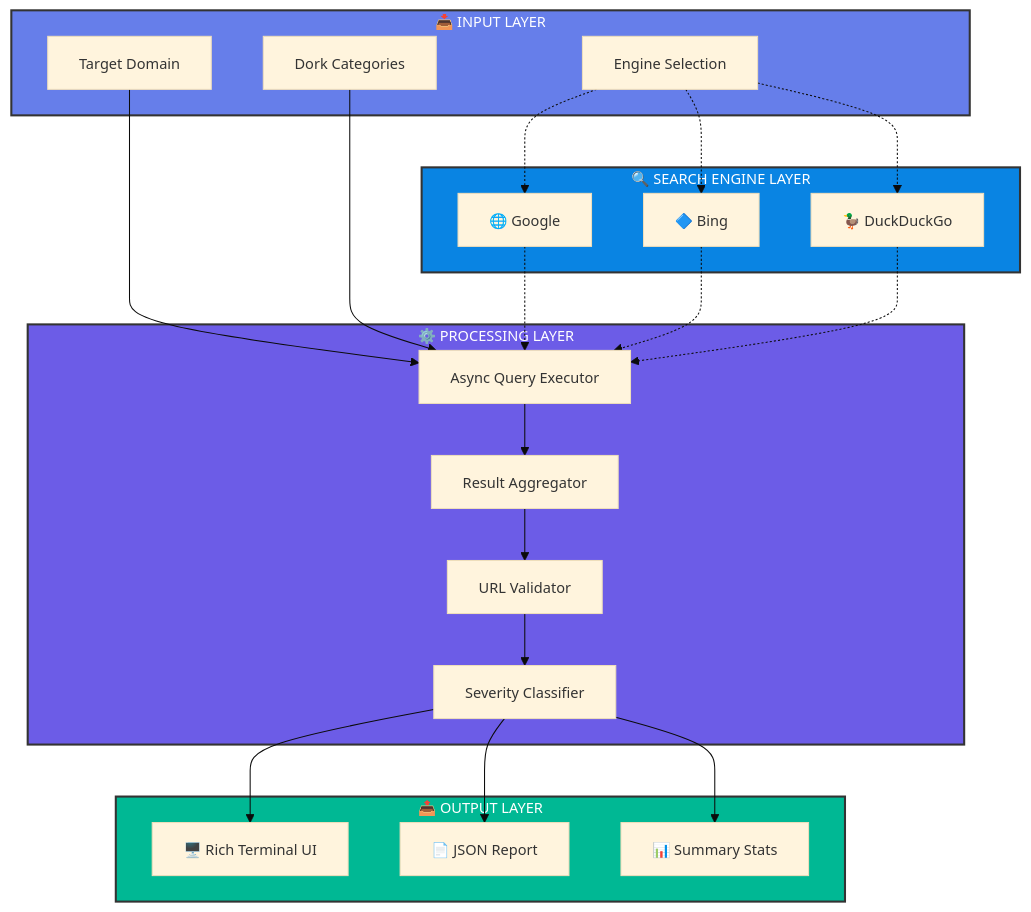
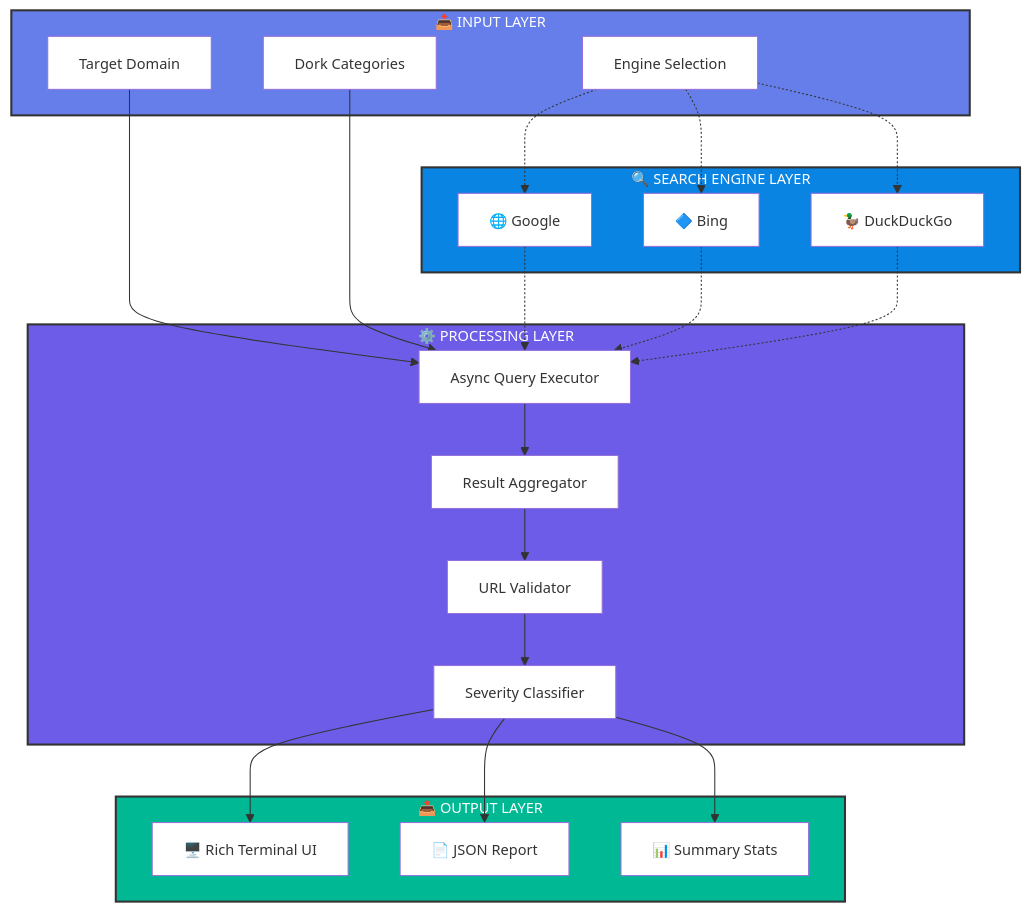
Before and after one commit to mizazhaider-ceh/Web-Security-Google-Dorking: the fifth of 7 diagrams in README.md, drawn with Mermaid. The commit also changed other lines of this file, not shown here.

````diff
--- a/README.md
+++ b/README.md
@@ -275,42 +275,42 @@
 ```mermaid
-%%{init: {'theme':'base', 'themeVariables': { 'fontSize':'14px'}}}%%
+%%{init: {'theme':'default', 'themeVariables': { 'background':'#ffffff','mainBkg':'#ffffff','secondaryBkg':'#ffffff','tertiaryBkg':'#ffffff','clusterBkg':'#ffffff','fontSize':'14px'}}}%%
 graph TB
     subgraph Input["📥 INPUT LAYER"]
         A[Target Domain]
         B[Dork Categories]
         C[Engine Selection]
     end
     
     subgraph Engines["🔍 SEARCH ENGINE LAYER"]
         D[🌐 Google]
         E[🔷 Bing]
         F[🦆 DuckDuckGo]
     end
     
     subgraph Processing["⚙️ PROCESSING LAYER"]
         G[Async Query Executor]
         H[Result Aggregator]
         I[URL Validator]
         J[Severity Classifier]
     end
     
     subgraph Output["📤 OUTPUT LAYER"]
         K[🖥️ Rich Terminal UI]
         L[📄 JSON Report]
         M[📊 Summary Stats]
     end
     
     A --> G
     B --> G
     C -.-> D & E & F
     D & E & F -.-> G
     G --> H
     H --> I
     I --> J
     J --> K & L & M
     
     style Input fill:#667eea,stroke:#333,stroke-width:2px,color:#fff
     style Engines fill:#0984e3,stroke:#333,stroke-width:2px,color:#fff
     style Processing fill:#6c5ce7,stroke:#333,stroke-width:2px,color:#fff
     style Output fill:#00b894,stroke:#333,stroke-width:2px,color:#fff
 ```
````
